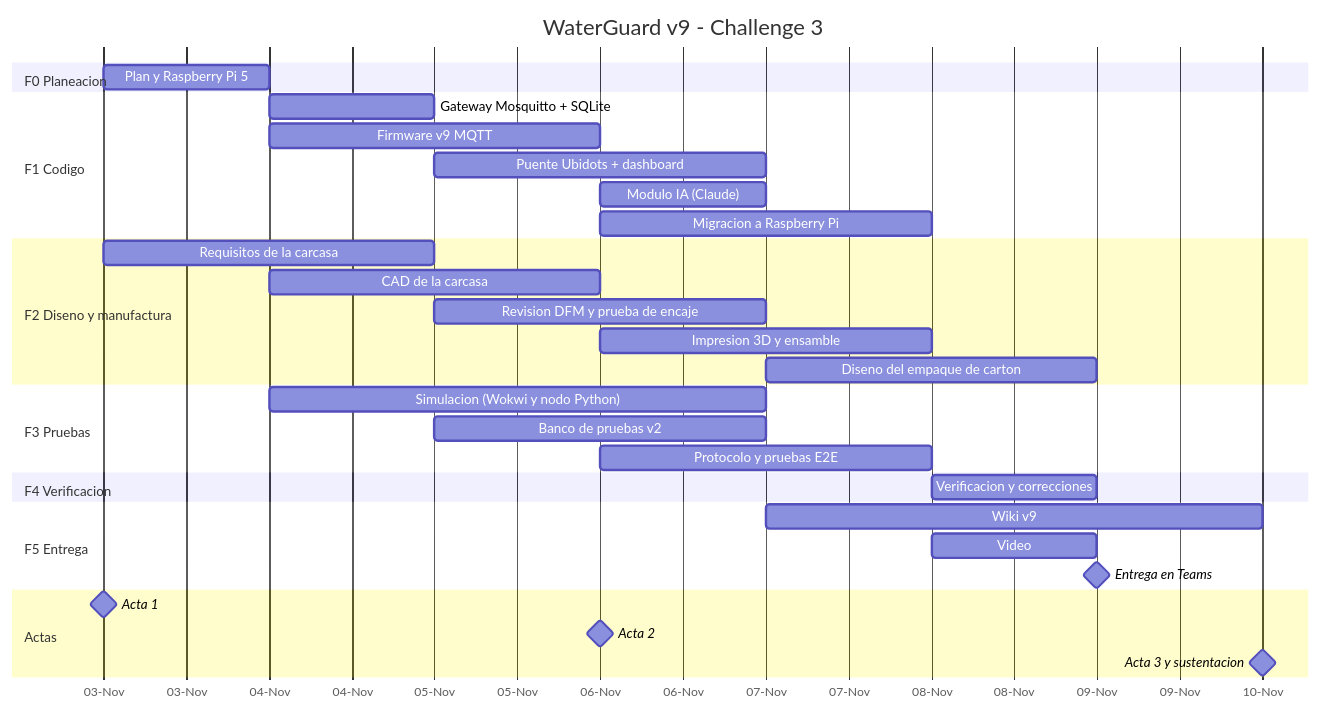
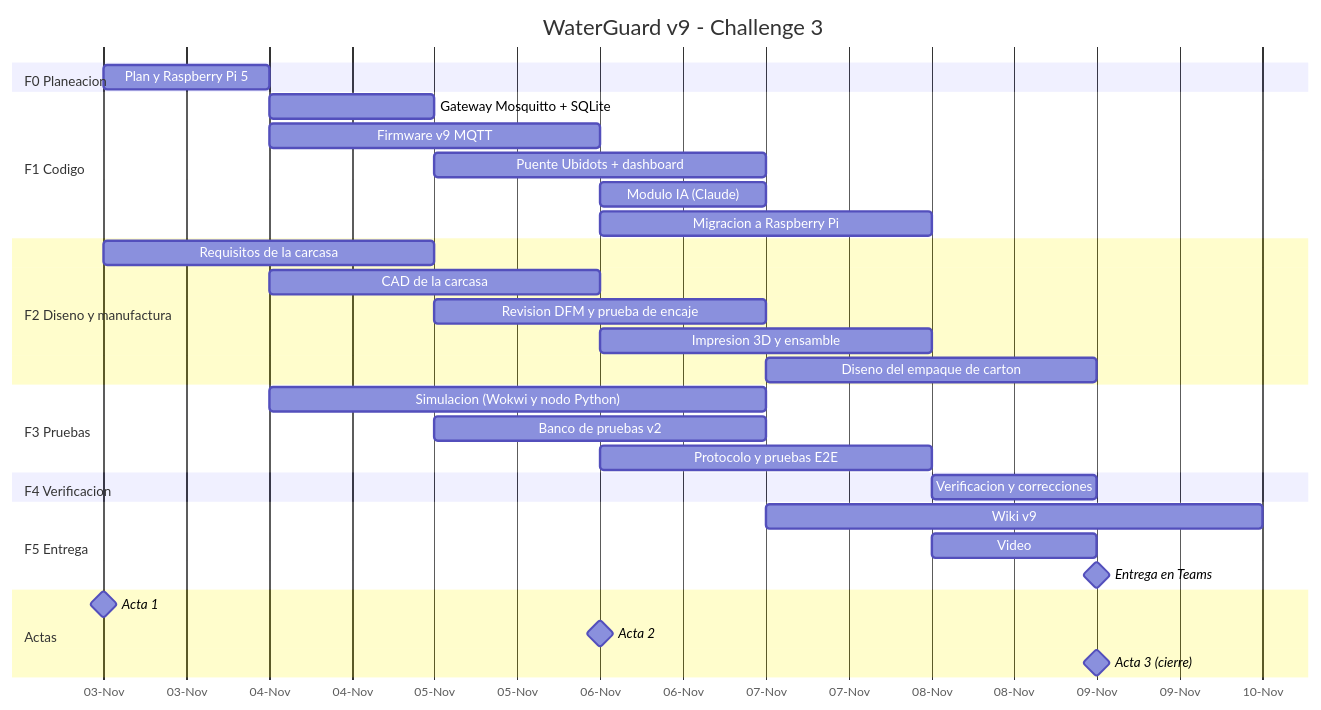
Before and after one commit to Juan100205/IOTPROYECTOFINAL3CORTE: the second of 2 diagrams in wiki/0.-Plan-del-Challenge-3.md, drawn with Mermaid. The commit also changed other lines of this file and 15 other files, not shown here.

````diff
--- a/wiki/0.-Plan-del-Challenge-3.md
+++ b/wiki/0.-Plan-del-Challenge-3.md
@@ -182,34 +184,34 @@
 ```mermaid
 gantt
   title WaterGuard v9 - Challenge 3
   dateFormat YYYY-MM-DD
   axisFormat %d-%b
   section F0 Planeacion
   Plan y Raspberry Pi 5               :f0, 2026-11-03, 1d
   section F1 Codigo
   Gateway Mosquitto + SQLite          :f1a, 2026-11-04, 1d
   Firmware v9 MQTT                    :f1b, 2026-11-04, 2d
   Puente Ubidots + dashboard          :f1c, 2026-11-05, 2d
   Modulo IA (Claude)                  :f1d, 2026-11-06, 1d
   Migracion a Raspberry Pi            :f1e, 2026-11-06, 2d
   section F2 Diseno y manufactura
   Requisitos de la carcasa            :f2a, 2026-11-03, 2d
   CAD de la carcasa                   :f2b, 2026-11-04, 2d
   Revision DFM y prueba de encaje     :f2c, 2026-11-05, 2d
   Impresion 3D y ensamble             :f2d, 2026-11-06, 2d
   Diseno del empaque de carton        :f2e, 2026-11-07, 2d
   section F3 Pruebas
   Simulacion (Wokwi y nodo Python)    :f3a, 2026-11-04, 3d
   Banco de pruebas v2                 :f3b, 2026-11-05, 2d
   Protocolo y pruebas E2E             :f3c, 2026-11-06, 2d
   section F4 Verificacion
   Verificacion y correcciones         :f4, 2026-11-08, 1d
   section F5 Entrega
   Wiki v9                             :f5a, 2026-11-07, 3d
   Video                               :f5b, 2026-11-08, 1d
   Entrega en Teams                    :milestone, f5c, 2026-11-09, 0d
   section Actas
   Acta 1                              :milestone, a1, 2026-11-03, 0d
   Acta 2                              :milestone, a2, 2026-11-06, 0d
-  Acta 3 y sustentacion               :milestone, a3, 2026-11-10, 0d
+  Acta 3 (cierre)                     :milestone, a3, 2026-11-09, 0d
 ```
````
